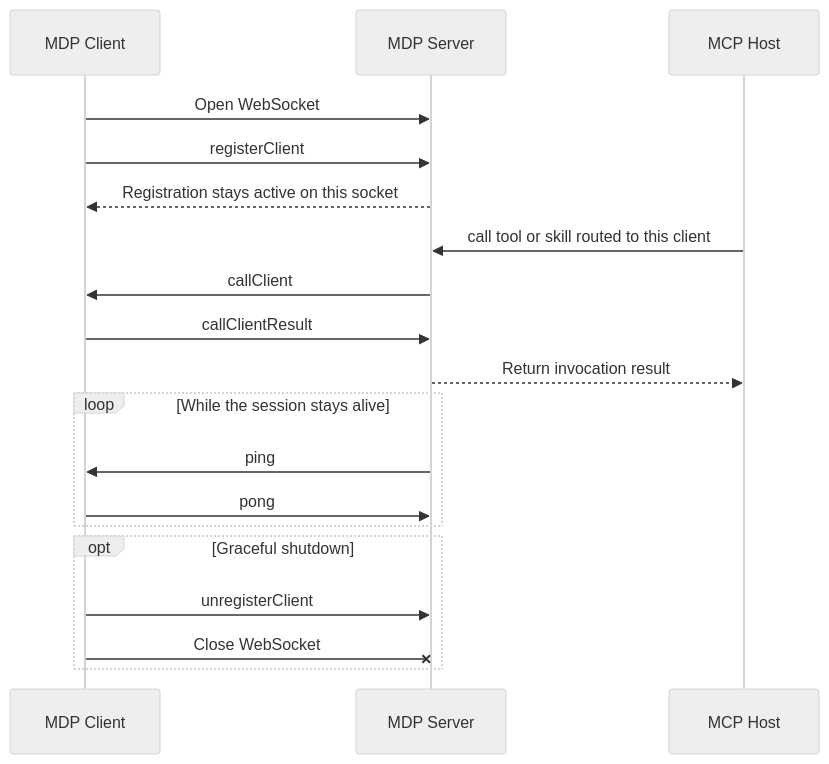
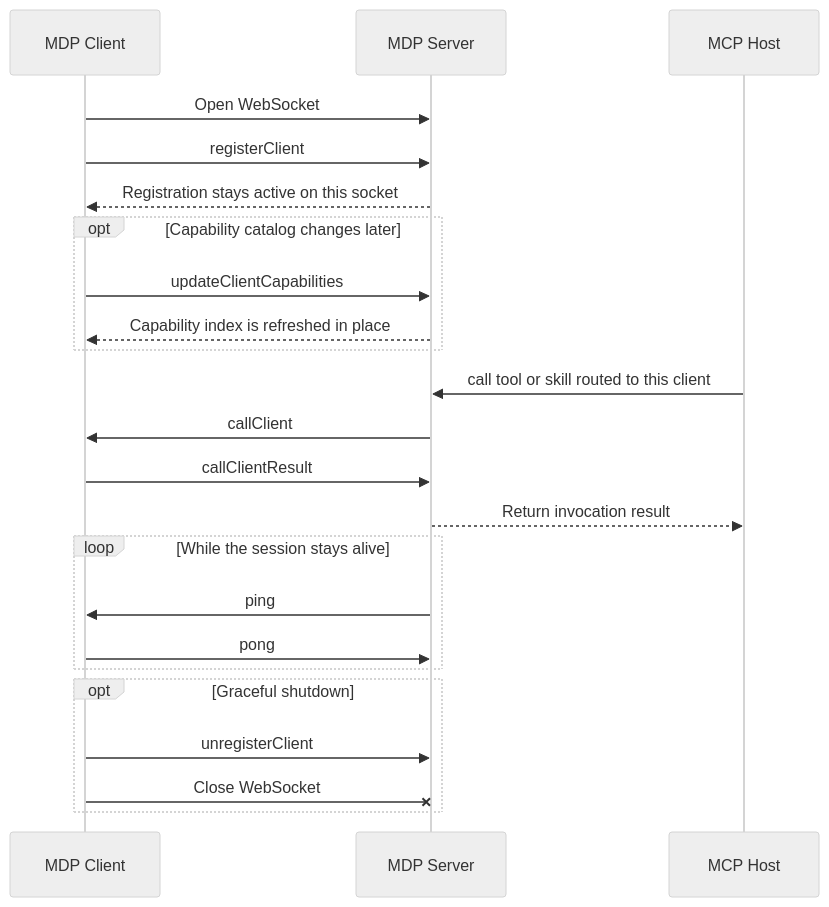
One commit to modeldriveprotocol/modeldriveprotocol changed the diagram in docs/server/api/websocket-connection.md. Above: the diagram before and after it, drawn with Mermaid (neutral theme). The commit also changed other lines of this file and 29 other files, not shown here.

Commit message:
feat: add capability catalog update support

````diff
--- a/docs/server/api/websocket-connection.md
+++ b/docs/server/api/websocket-connection.md
@@ -61,25 +64,30 @@
 ```mermaid
 sequenceDiagram
   participant Client as MDP Client
   participant Server as MDP Server
   participant Host as MCP Host
 
   Client->>Server: Open WebSocket
   Client->>Server: registerClient
   Server-->>Client: Registration stays active on this socket
+
+  opt Capability catalog changes later
+    Client->>Server: updateClientCapabilities
+    Server-->>Client: Capability index is refreshed in place
+  end
 
   Host->>Server: call tool or skill routed to this client
   Server->>Client: callClient
   Client->>Server: callClientResult
   Server-->>Host: Return invocation result
 
   loop While the session stays alive
     Server->>Client: ping
     Client->>Server: pong
   end
 
   opt Graceful shutdown
     Client->>Server: unregisterClient
     Client-xServer: Close WebSocket
   end
 ```
````
